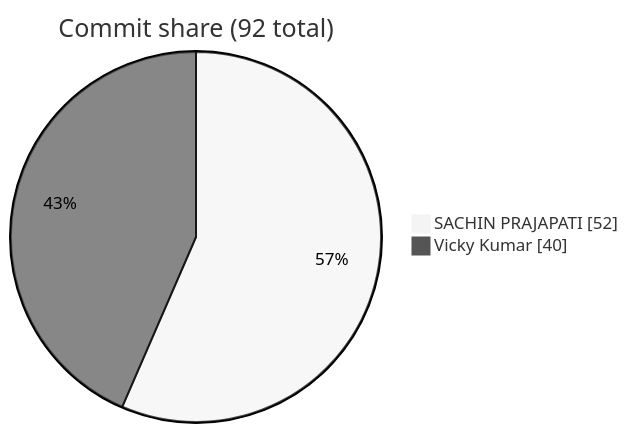
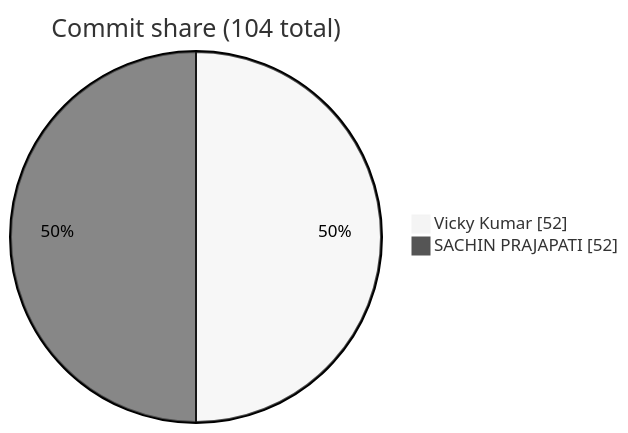
One commit to FiscalMindset/Clipo changed the seventh of 7 diagrams in README.md. Above: the diagram before and after it, drawn with Mermaid (neutral theme).

Commit message:
docs(readme): auto-update contributor stats and star history

````diff
--- a/README.md
+++ b/README.md
@@ -752,5 +752,5 @@
 ```mermaid
-pie showData title Commit share (92 total)
+pie showData title Commit share (104 total)
+    "Vicky Kumar" : 52
     "SACHIN PRAJAPATI" : 52
-    "Vicky Kumar" : 40
 ```
````
